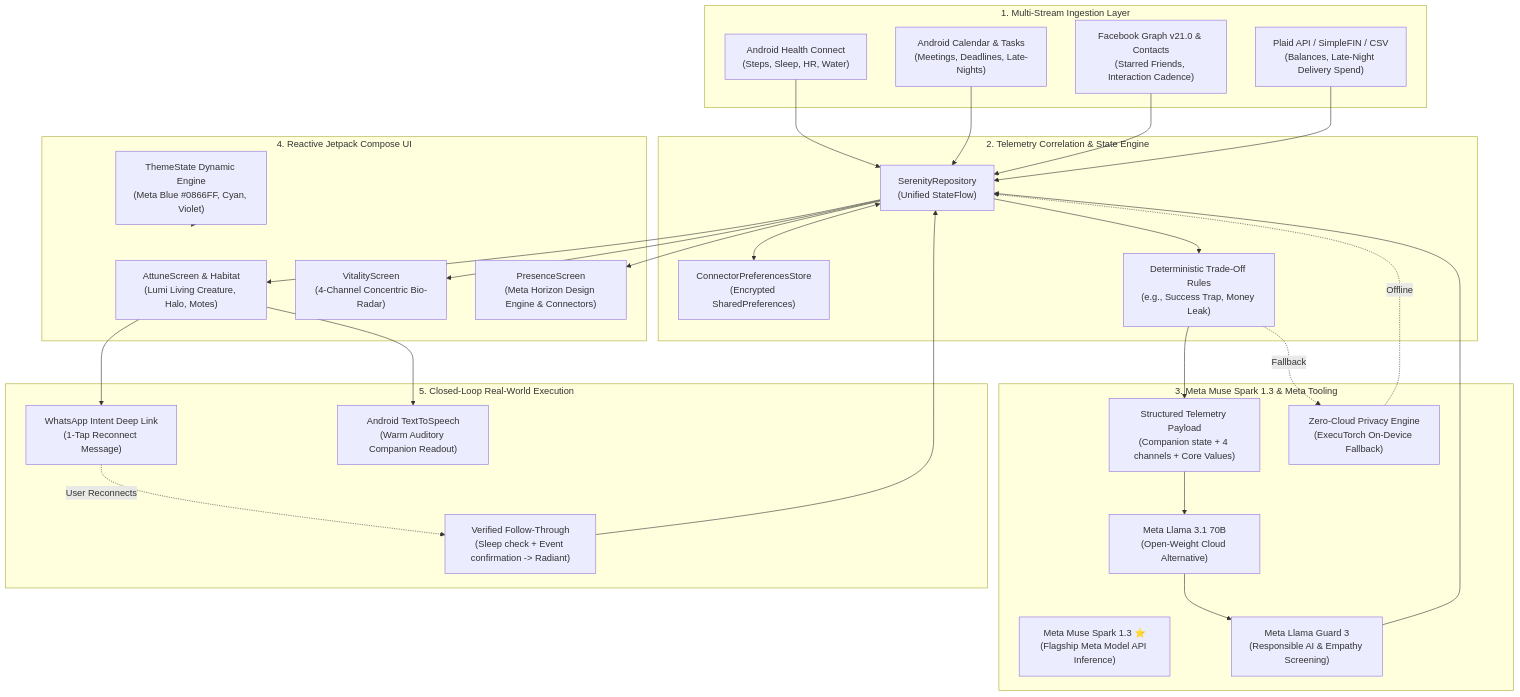
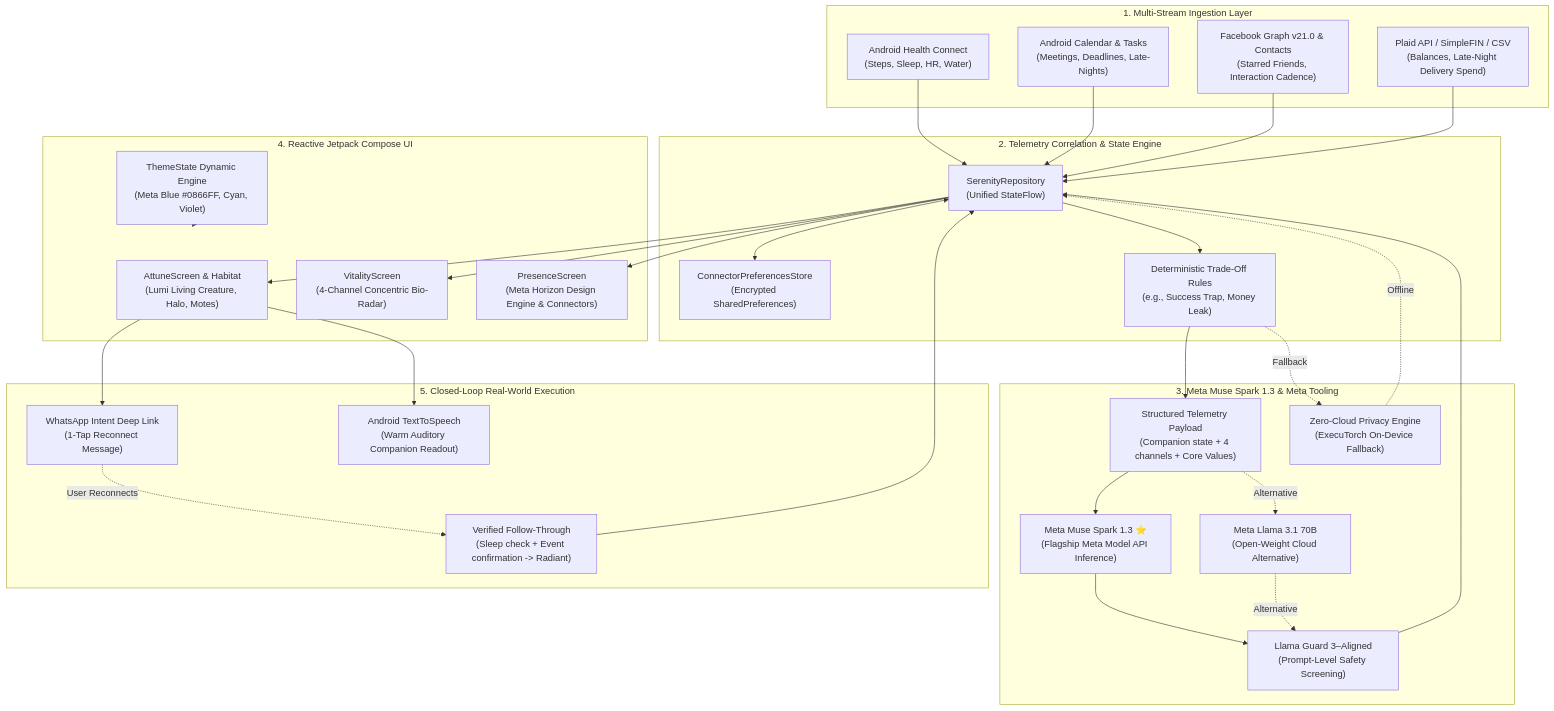
Before and after one commit to ashrafi/LifeSOS: the first of 2 diagrams in README.md, drawn with Mermaid. The commit also changed other lines of this file and 8 other files, not shown here.

````diff
--- a/README.md
+++ b/README.md
@@ -101,60 +103,62 @@
 ```mermaid
 flowchart TD
     subgraph DataSources["1. Multi-Stream Ingestion Layer"]
         HC["Android Health Connect<br/>(Steps, Sleep, HR, Water)"]
         CAL["Android Calendar & Tasks<br/>(Meetings, Deadlines, Late-Nights)"]
         SOC["Facebook Graph v21.0 & Contacts<br/>(Starred Friends, Interaction Cadence)"]
         FIN["Plaid API / SimpleFIN / CSV<br/>(Balances, Late-Night Delivery Spend)"]
     end
 
     subgraph CoreEngine["2. Telemetry Correlation & State Engine"]
         REPO["SerenityRepository<br/>(Unified StateFlow)"]
         STORE["ConnectorPreferencesStore<br/>(Encrypted SharedPreferences)"]
         RULES["Deterministic Trade-Off Rules<br/>(e.g., Success Trap, Money Leak)"]
     end
 
     subgraph MetaIntelligence["3. Meta Muse Spark 1.3 & Meta Tooling"]
         PROMPT["Structured Telemetry Payload<br/>(Companion state + 4 channels + Core Values)"]
         SPARK["Meta Muse Spark 1.3 ⭐<br/>(Flagship Meta Model API Inference)"]
         LLAMA["Meta Llama 3.1 70B<br/>(Open-Weight Cloud Alternative)"]
-        GUARD["Meta Llama Guard 3<br/>(Responsible AI & Empathy Screening)"]
+        GUARD["Llama Guard 3–Aligned<br/>(Prompt-Level Safety Screening)"]
         LOCAL["Zero-Cloud Privacy Engine<br/>(ExecuTorch On-Device Fallback)"]
     end
 
     subgraph UIExperience["4. Reactive Jetpack Compose UI"]
         HABITAT["AttuneScreen & Habitat<br/>(Lumi Living Creature, Halo, Motes)"]
         RADAR["VitalityScreen<br/>(4-Channel Concentric Bio-Radar)"]
         SETTINGS["PresenceScreen<br/>(Meta Horizon Design Engine & Connectors)"]
         THEME["ThemeState Dynamic Engine<br/>(Meta Blue #0866FF, Cyan, Violet)"]
     end
 
     subgraph Actions["5. Closed-Loop Real-World Execution"]
         WA["WhatsApp Intent Deep Link<br/>(1-Tap Reconnect Message)"]
         VOICE["Android TextToSpeech<br/>(Warm Auditory Companion Readout)"]
         VERIFY["Verified Follow-Through<br/>(Sleep check + Event confirmation -> Radiant)"]
     end
 
     HC --> REPO
     CAL --> REPO
     SOC --> REPO
     FIN --> REPO
     REPO <--> STORE
     REPO --> RULES
 
     RULES --> PROMPT
-    PROMPT --> LLAMA
-    LLAMA --> GUARD
+    PROMPT --> SPARK
+    SPARK --> GUARD
     GUARD --> REPO
+    PROMPT -. Alternative .-> LLAMA
+    LLAMA -. Alternative .-> GUARD
     RULES -. Fallback .-> LOCAL
     LOCAL -. Offline .-> REPO
 
     REPO --> HABITAT
     REPO --> RADAR
     REPO --> SETTINGS
     THEME --> UIExperience
 
     HABITAT --> WA
     HABITAT --> VOICE
     WA -. User Reconnects .-> VERIFY
     VERIFY --> REPO
 ```
````
